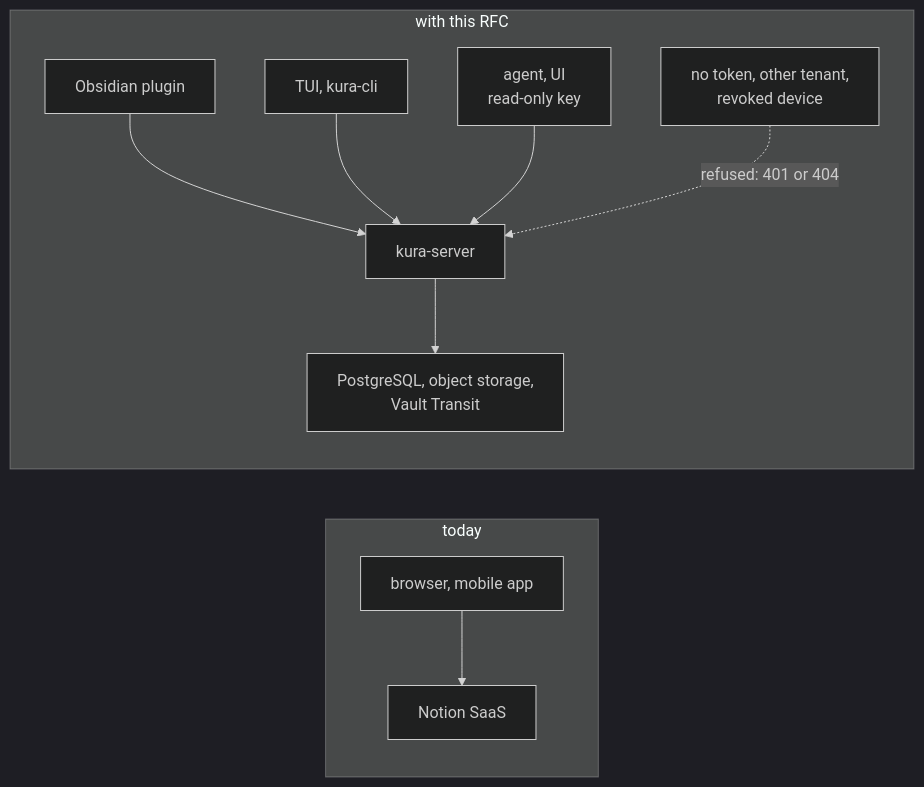
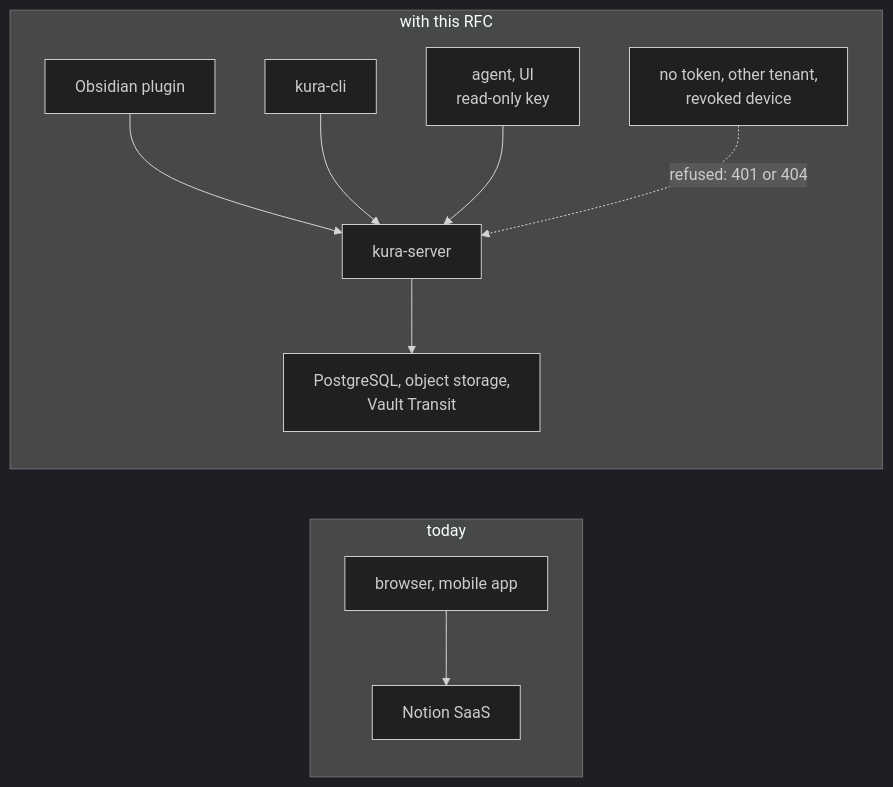
Before and after one commit to batleforc/weebo-kura: the first of 5 diagrams in docs/RFC/rfc0001-init-project.md, drawn with Mermaid (dark theme). The commit also changed other lines of this file and 3 other files, not shown here.

````diff
--- a/docs/RFC/rfc0001-init-project.md
+++ b/docs/RFC/rfc0001-init-project.md
@@ -38,13 +41,13 @@
 ```mermaid
 flowchart LR
     subgraph T["today"]
         B1["browser, mobile app"] --> N["Notion SaaS"]
     end
     subgraph W["with this RFC"]
         P["Obsidian plugin"] --> K["kura-server"]
-        C["TUI, kura-cli"] --> K
+        C["kura-cli"] --> K
         A["agent, UI<br/>read-only key"] --> K
         X["no token, other tenant,<br/>revoked device"] -. "refused: 401 or 404" .-> K
         K --> D["PostgreSQL, object storage,<br/>Vault Transit"]
     end
 ```
````
